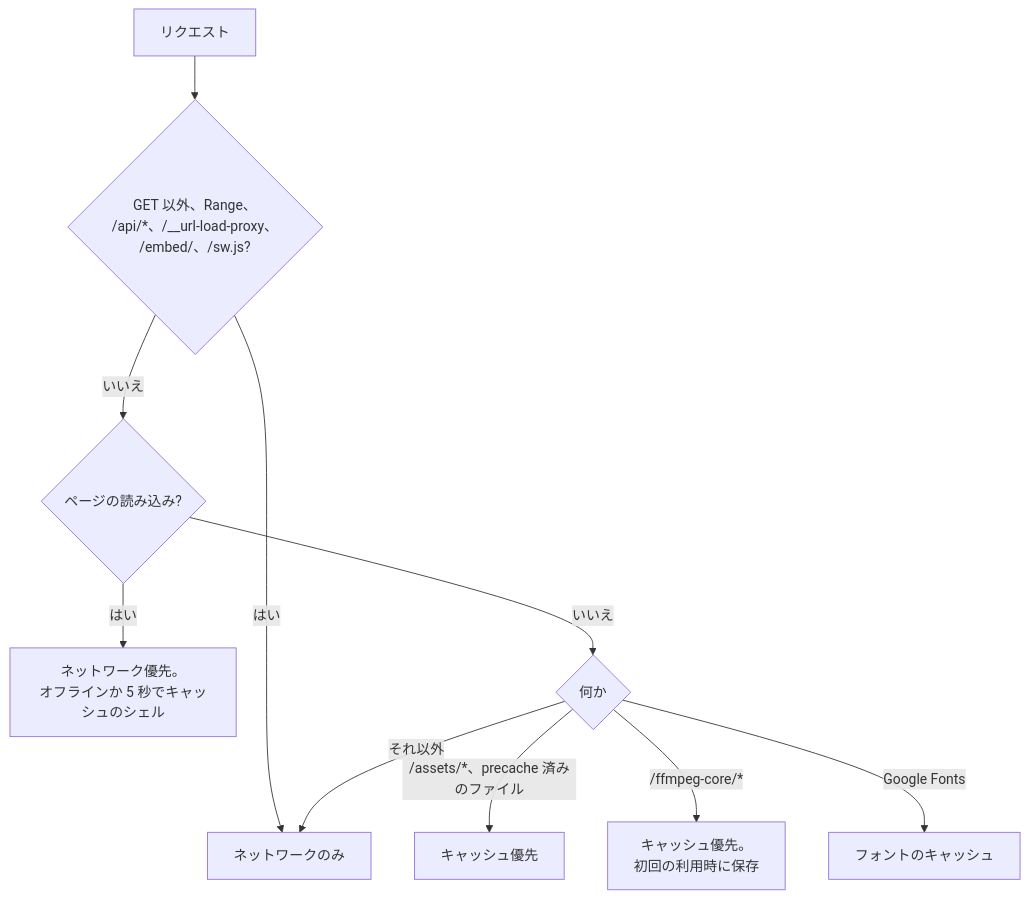
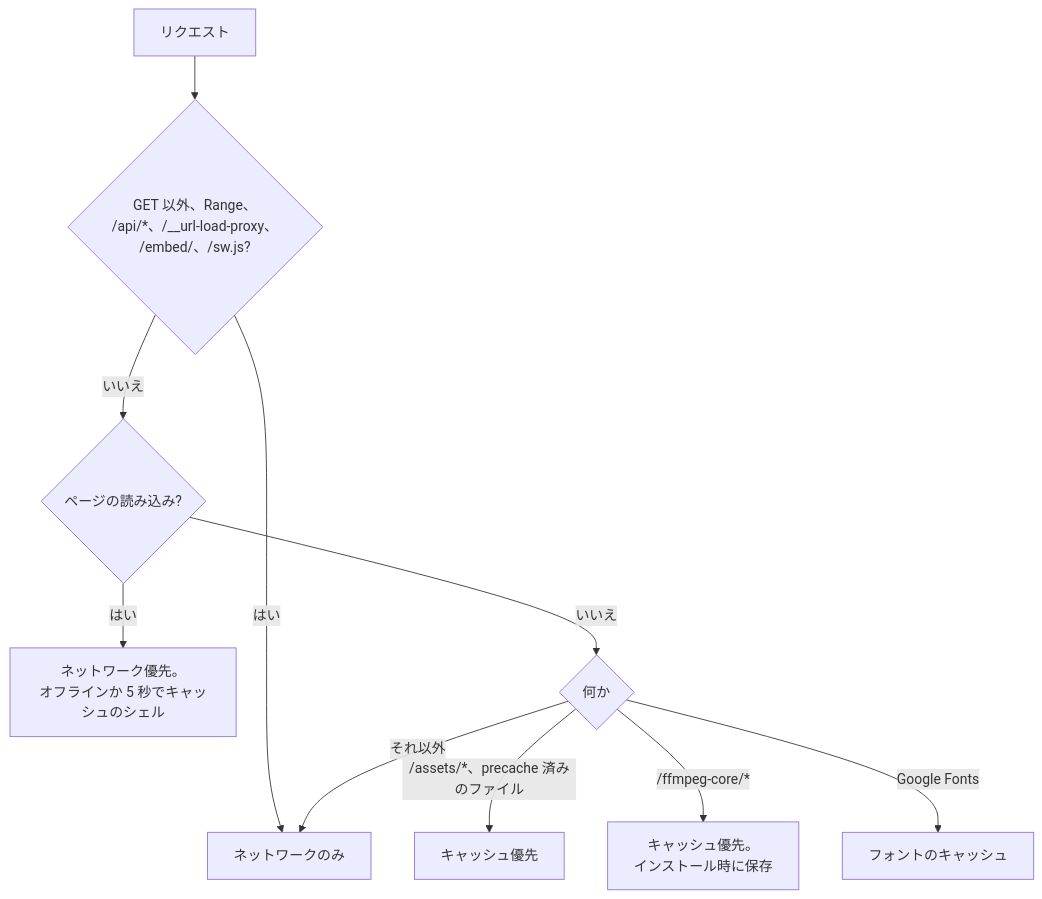
The third of 20 diagrams in docs/player-web.ja.md (nulltask/be-music), drawn with Mermaid before and after one commit. The commit also changed other lines of this file and 9 other files, not shown here.

First line of the commit message:
feat(app-play): cache the ffmpeg core and UI fonts on install, and ask for persistent storage

````diff
--- a/docs/player-web.ja.md
+++ b/docs/player-web.ja.md
@@ -201,12 +201,12 @@
 ```mermaid
 flowchart TD
   request[リクエスト] --> dynamic{"GET 以外、Range、<br/>/api/*、/__url-load-proxy、<br/>/embed/、/sw.js?"}
   dynamic -- はい --> network[ネットワークのみ]
   dynamic -- いいえ --> page{ページの読み込み?}
   page -- はい --> shell["ネットワーク優先。<br/>オフラインか 5 秒でキャッシュのシェル"]
   page -- いいえ --> kind{何か}
   kind -- "/assets/*、precache 済みのファイル" --> cacheFirst[キャッシュ優先]
-  kind -- "/ffmpeg-core/*" --> ffmpeg["キャッシュ優先。<br/>初回の利用時に保存"]
+  kind -- "/ffmpeg-core/*" --> ffmpeg["キャッシュ優先。<br/>インストール時に保存"]
   kind -- "Google Fonts" --> fonts[フォントのキャッシュ]
   kind -- "それ以外" --> network
 ```
````
